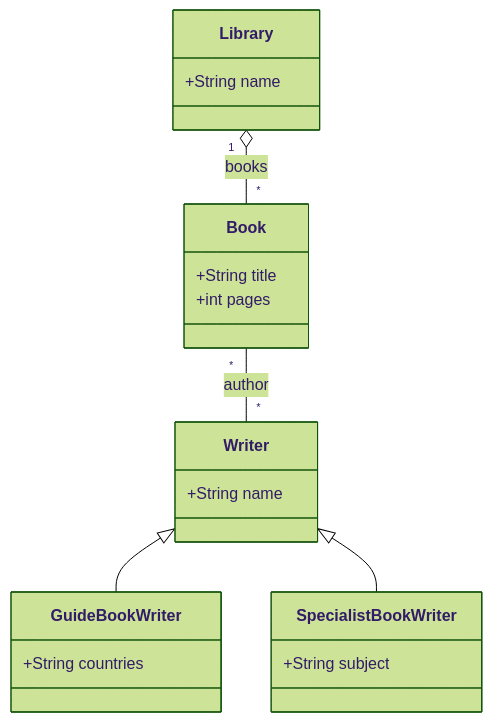
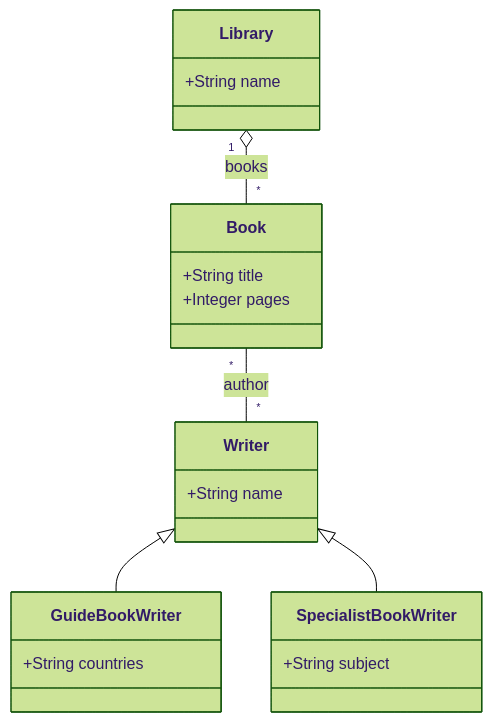
One commit to LionWeb-io/lionweb-typescript changed the diagram in diagrams/library-imported-from-ecore-gen.md. Above: the diagram before and after it, drawn with Mermaid (forest theme). The commit also changed 13 other files, not shown here.

````diff
--- a/diagrams/library-imported-from-ecore-gen.md
+++ b/diagrams/library-imported-from-ecore-gen.md
@@ -1,34 +1,34 @@
 ```mermaid
 classDiagram
 
   class Book {
     +String title
-    +int pages
+    +Integer pages
   }
 
   class GuideBookWriter {
     +String countries
   }
   Writer <|-- GuideBookWriter
 
   class Library {
     +String name
   }
 
   class SpecialistBookWriter {
     +String subject
   }
   Writer <|-- SpecialistBookWriter
 
   class Writer {
     +String name
   }
 
 
   Book "*" -- "*" Writer: author
 
   Library "1" o-- "*" Book: books
 
 
 
 ```
````
